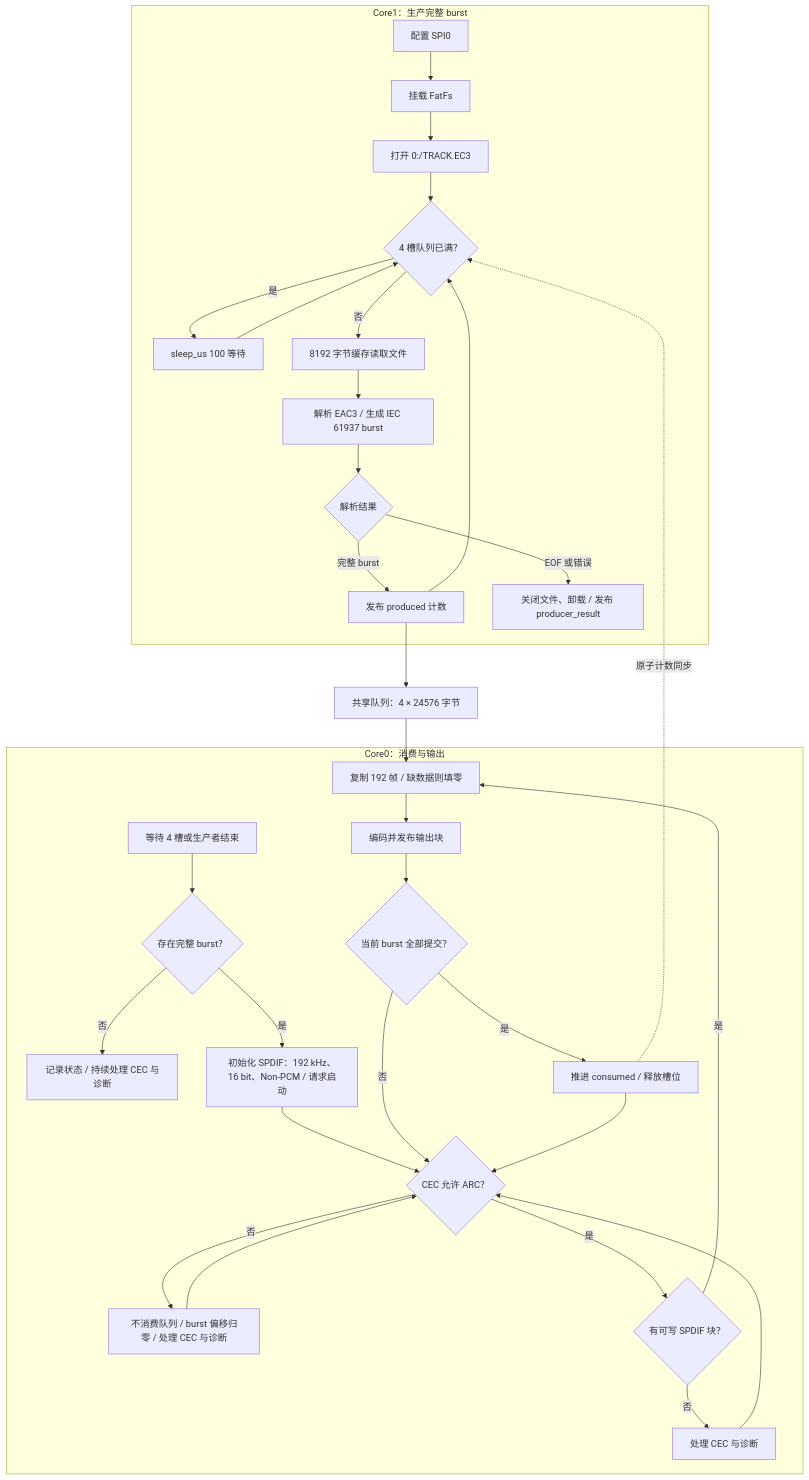
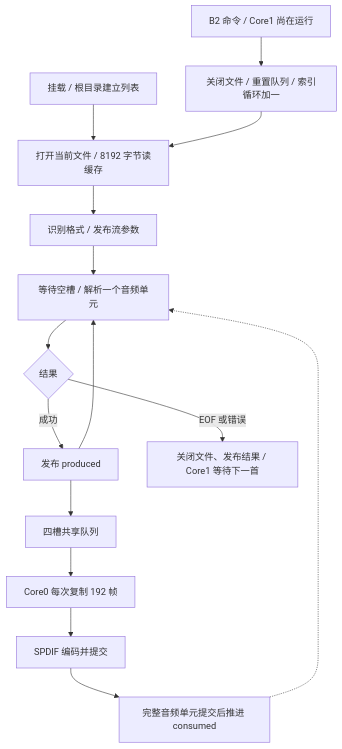
The third of 5 diagrams in PROGRAM_LOGIC.md (Leihognlun/pico-dac2), drawn with Mermaid before and after one commit. The commit also changed other lines of this file and 29 other files, not shown here.

````diff
--- a/PROGRAM_LOGIC.md
+++ b/PROGRAM_LOGIC.md
@@ -105,36 +121,17 @@
 ```mermaid
 flowchart TD
-    subgraph CORE1[Core1：生产完整 burst]
-        SPI[配置 SPI0] --> MOUNT[挂载 FatFs]
-        MOUNT --> OPEN[打开 0:/TRACK.EC3]
-        OPEN --> FULL{4 槽队列已满？}
-        FULL -->|是| WAIT[sleep_us 100 等待]
-        WAIT --> FULL
-        FULL -->|否| READ[8192 字节缓存读取文件]
-        READ --> PACK[解析 EAC3 / 生成 IEC 61937 burst]
-        PACK --> RESULT{解析结果}
-        RESULT -->|完整 burst| PUB[发布 produced 计数]
-        PUB --> FULL
-        RESULT -->|EOF 或错误| END[关闭文件、卸载 / 发布 producer_result]
-    end
-    PUB --> QUEUE[共享队列：4 × 24576 字节]
-    subgraph CORE0[Core0：消费与输出]
-        PRE[等待 4 槽或生产者结束] --> ANY{存在完整 burst？}
-        ANY -->|否| IDLE[记录状态 / 持续处理 CEC 与诊断]
-        ANY -->|是| INIT[初始化 SPDIF：192 kHz、16 bit、Non-PCM / 请求启动]
-        INIT --> GATE{CEC 允许 ARC？}
-        GATE -->|否| HOLD[不消费队列 / burst 偏移归零 / 处理 CEC 与诊断]
-        HOLD --> GATE
-        GATE -->|是| READY{有可写 SPDIF 块？}
-        READY -->|否| TASK[处理 CEC 与诊断]
-        TASK --> GATE
-        READY -->|是| COPY[复制 192 帧 / 缺数据则填零]
-        COPY --> SUBMIT[编码并发布输出块]
-        SUBMIT --> DONE{当前 burst 全部提交？}
-        DONE -->|否| GATE
-        DONE -->|是| RELEASE[推进 consumed / 释放槽位]
-        RELEASE --> GATE
-    end
-    QUEUE --> COPY
-    RELEASE -.->|原子计数同步| FULL
+    MOUNT[挂载 / 根目录建立列表] --> OPEN[打开当前文件 / 8192 字节读缓存]
+    OPEN --> FORMAT[识别格式 / 发布流参数]
+    FORMAT --> PACK[等待空槽 / 解析一个音频单元]
+    PACK --> RESULT{结果}
+    RESULT -->|成功| PUB[发布 produced]
+    PUB --> PACK
+    RESULT -->|EOF 或错误| END[关闭文件、发布结果 / Core1 等待下一首]
+    NEXT[B2 命令 / Core1 尚在运行] --> SWITCH[关闭文件 / 重置队列 / 索引循环加一]
+    SWITCH --> OPEN
+    PUB --> Q[四槽共享队列]
+    Q --> OUT[Core0 每次复制 192 帧]
+    OUT --> SUBMIT[SPDIF 编码并提交]
+    SUBMIT --> RELEASE[完整音频单元提交后推进 consumed]
+    RELEASE -.-> PACK
 ```
````
